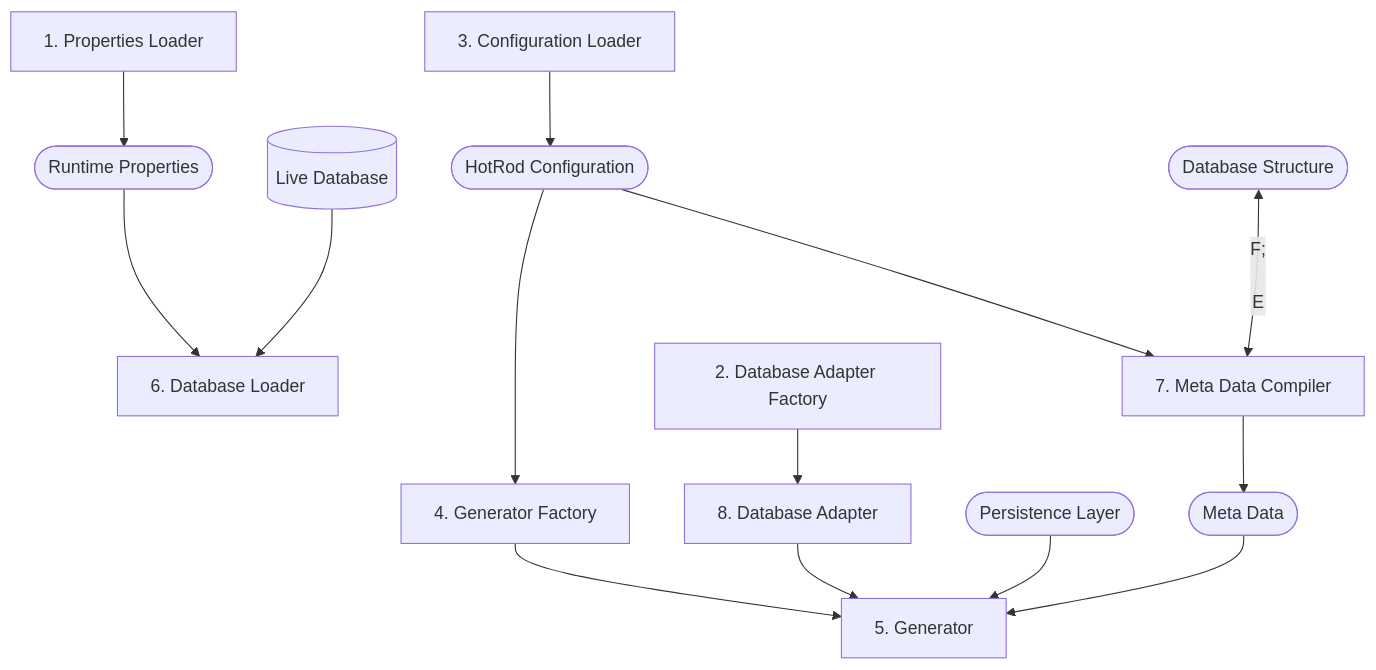
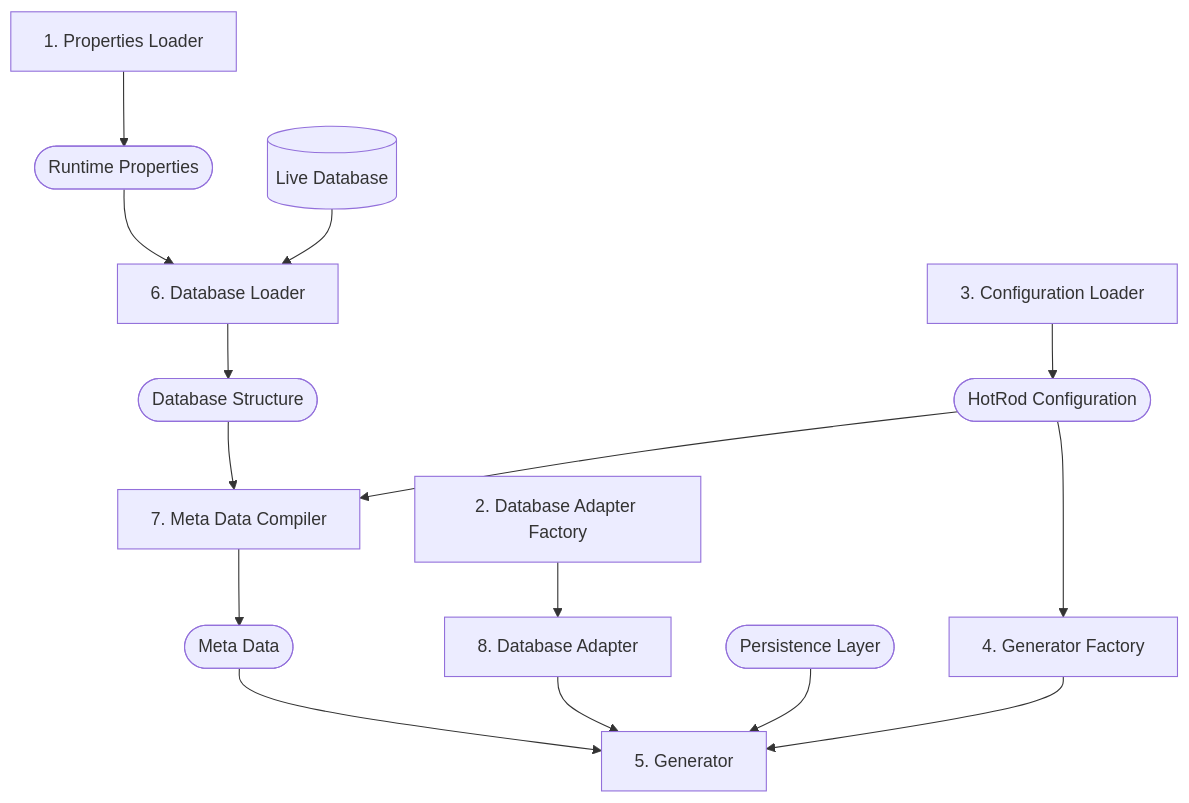
Before and after one commit to hotrodorm/hotrod: the diagram in hotrod-project/docs/architecture.md, drawn with Mermaid.

````diff
--- a/hotrod-project/docs/architecture.md
+++ b/hotrod-project/docs/architecture.md
@@ -6,23 +6,23 @@
 ```mermaid
 graph TD;
 
 A[1. Properties Loader] --> B([Runtime Properties]);
 
 B --> F[6. Database Loader];
 G[(Live Database)] --> F;
 C[3. Configuration Loader] --> D([HotRod Configuration]);
-E([Database Structure]) <-- F;
+F --> E([Database Structure]);
 
 E --> H[7. Meta Data Compiler];
 D --> H;
 H --> I([Meta Data]);
 
 D --> J[4. Generator Factory];
 J --> K[5. Generator];
 I --> K;
 L([Persistence Layer]) --> K;
 
 M[2. Database Adapter Factory] --> N[8. Database Adapter];
 N --> K;
 
 ```
````
